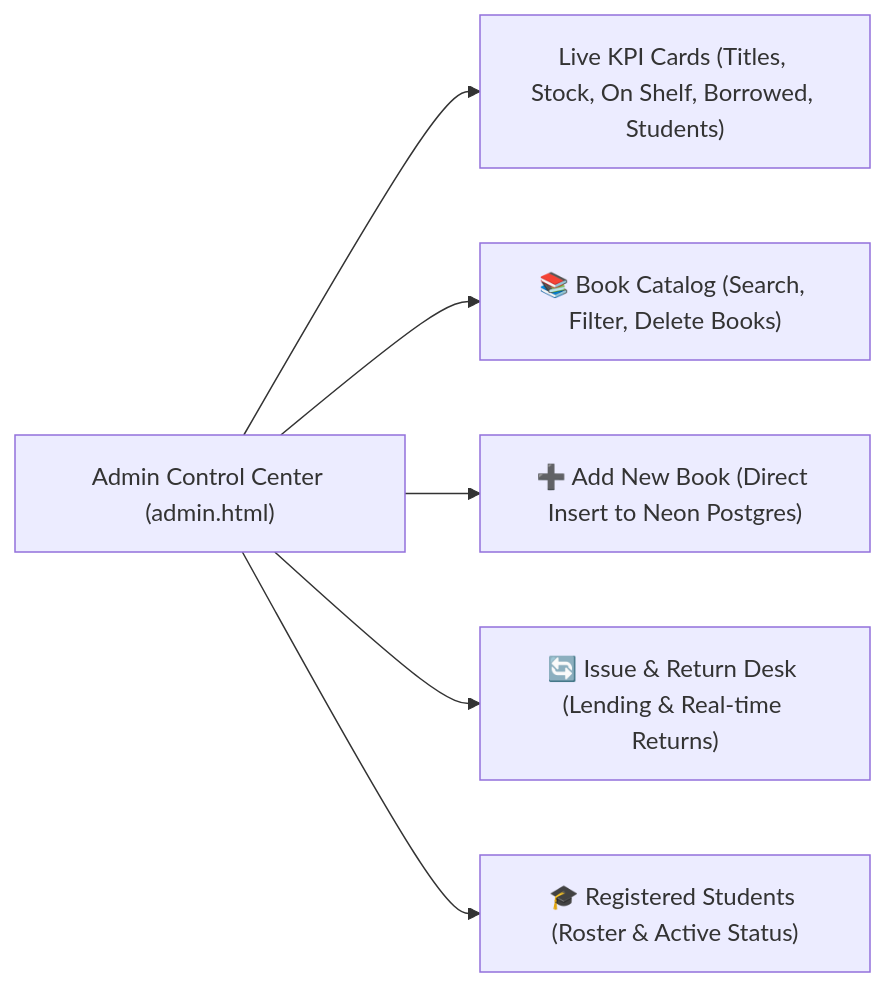
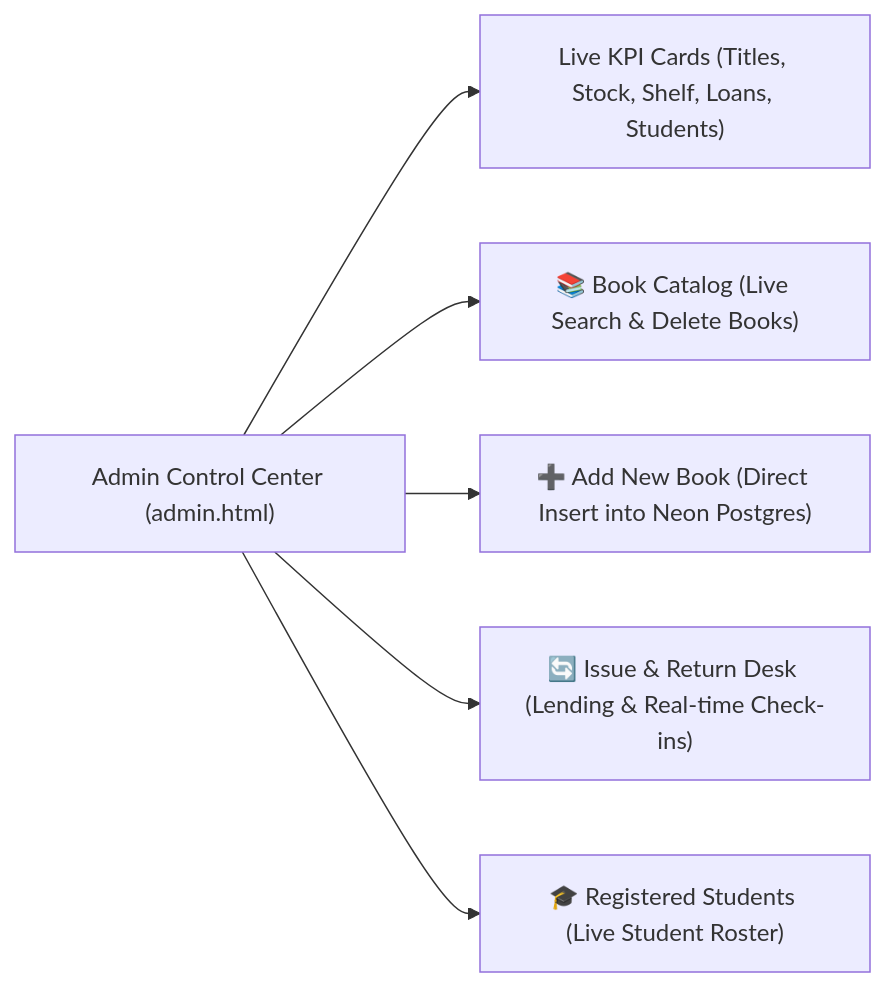
The second of 2 diagrams in Docs/README.MD (PranavMaske0136/SmartLibrary), drawn with Mermaid before and after one commit. The commit also changed other lines of this file and 1 other file, not shown here.

Commit message:
Update technical documentation with complete Vercel serverless, live database, and chatbot specs

````diff
--- a/Docs/README.MD
+++ b/Docs/README.MD
@@ -120,9 +133,9 @@
 ```mermaid
 graph LR
     AdminDashboard["Admin Control Center (admin.html)"]
-    AdminDashboard --> KPIs["Live KPI Cards (Titles, Stock, On Shelf, Borrowed, Students)"]
-    AdminDashboard --> Tab1["📚 Book Catalog (Search, Filter, Delete Books)"]
-    AdminDashboard --> Tab2["➕ Add New Book (Direct Insert to Neon Postgres)"]
-    AdminDashboard --> Tab3["🔄 Issue & Return Desk (Lending & Real-time Returns)"]
-    AdminDashboard --> Tab4["🎓 Registered Students (Roster & Active Status)"]
+    AdminDashboard --> KPIs["Live KPI Cards (Titles, Stock, Shelf, Loans, Students)"]
+    AdminDashboard --> Tab1["📚 Book Catalog (Live Search & Delete Books)"]
+    AdminDashboard --> Tab2["➕ Add New Book (Direct Insert into Neon Postgres)"]
+    AdminDashboard --> Tab3["🔄 Issue & Return Desk (Lending & Real-time Check-ins)"]
+    AdminDashboard --> Tab4["🎓 Registered Students (Live Student Roster)"]
 ```
````
